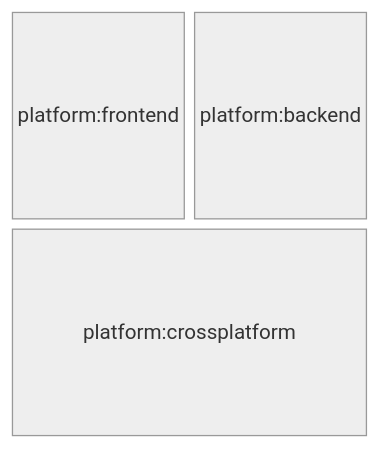
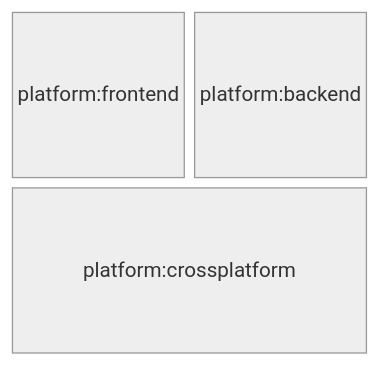
The third of 8 diagrams in apps/cookbook/docs/nx/03-scaling/02-organize-libs.md (marmicode/cookbook), drawn with Mermaid (neutral theme) before and after one commit. The commit also changed other lines of this file, not shown here.

Commit message:
docs(nx): 📝 add hexagonal frontend architecture + pros & cons

````diff
--- a/apps/cookbook/docs/nx/03-scaling/02-organize-libs.md
+++ b/apps/cookbook/docs/nx/03-scaling/02-organize-libs.md
@@ -131,10 +130,8 @@
 ```mermaid
 block-beta
 columns 2
   frontend["platform:frontend"]
   backend["platform:backend"]
   crossplatform["platform:crossplatform"]:2
-  style frontend height:10rem
-  style backend height:10rem
-  style crossplatform height:10rem
+  style frontend height:8rem
 ```
````
